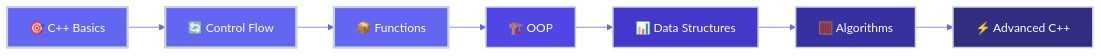
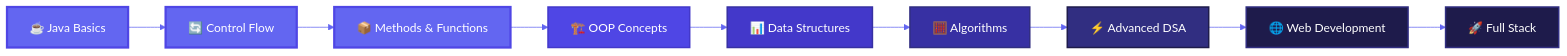
The diagram in README.md (zainabgondal/zainabgondal), drawn with Mermaid before and after one commit. The commit also changed other lines of this file, not shown here.

````diff
--- a/README.md
+++ b/README.md
@@ -227,18 +138,22 @@
 ```mermaid
-%%{init: {'theme':'base', 'themeVariables': { 'primaryColor':'#6366F1','primaryTextColor':'#fff','primaryBorderColor':'#C9D1D9','lineColor':'#6366F1','secondaryColor':'#4F46E5','tertiaryColor':'#4338CA'}}}%%
+%%{init: {'theme':'base', 'themeVariables': {'primaryColor':'#6366F1','primaryTextColor':'#fff','primaryBorderColor':'#4F46E5','lineColor':'#6366F1','secondaryColor':'#4F46E5','tertiaryColor':'#4338CA','fontFamily':'Arial'}}}%%
 graph LR
-    A[🎯 C++ Basics] --> B[🔄 Control Flow]
-    B --> C[📦 Functions]
-    C --> D[🏗️ OOP]
+    A[☕ Java Basics] --> B[🔄 Control Flow]
+    B --> C[📦 Methods & Functions]
+    C --> D[🏗️ OOP Concepts]
     D --> E[📊 Data Structures]
     E --> F[🧮 Algorithms]
-    F --> G[⚡ Advanced C++]
+    F --> G[⚡ Advanced DSA]
+    G --> H[🌐 Web Development]
+    H --> I[🚀 Full Stack]
     
-    style A fill:#6366F1,stroke:#C9D1D9,stroke-width:3px,color:#fff
-    style B fill:#6366F1,stroke:#C9D1D9,stroke-width:3px,color:#fff
-    style C fill:#6366F1,stroke:#C9D1D9,stroke-width:3px,color:#fff
-    style D fill:#4F46E5,stroke:#C9D1D9,stroke-width:2px,color:#fff
-    style E fill:#4338CA,stroke:#C9D1D9,stroke-width:2px,color:#fff
-    style F fill:#3730A3,stroke:#C9D1D9,stroke-width:2px,color:#fff
-    style G fill:#312E81,stroke:#C9D1D9,stroke-width:2px,color:#fff
+    style A fill:#6366F1,stroke:#4F46E5,stroke-width:3px,color:#fff
+    style B fill:#6366F1,stroke:#4F46E5,stroke-width:3px,color:#fff
+    style C fill:#6366F1,stroke:#4F46E5,stroke-width:3px,color:#fff
+    style D fill:#4F46E5,stroke:#4338CA,stroke-width:2px,color:#fff
+    style E fill:#4338CA,stroke:#3730A3,stroke-width:2px,color:#fff
+    style F fill:#3730A3,stroke:#312E81,stroke-width:2px,color:#fff
+    style G fill:#312E81,stroke:#1E1B4B,stroke-width:2px,color:#fff
+    style H fill:#1E1B4B,stroke:#312E81,stroke-width:2px,color:#fff
+    style I fill:#1E1B4B,stroke:#312E81,stroke-width:2px,color:#fff
 ```
````
